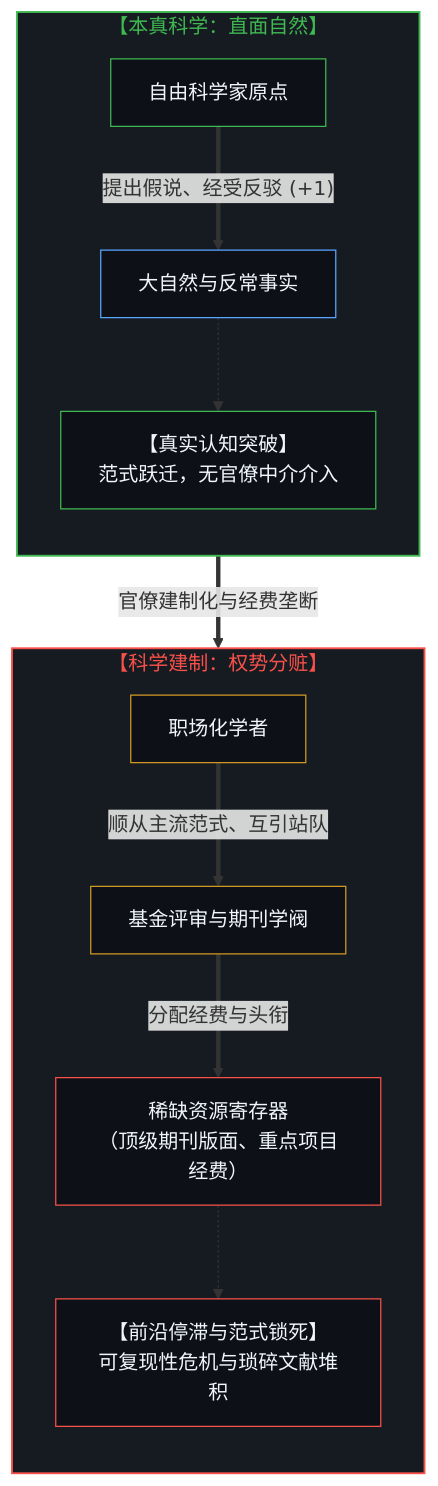
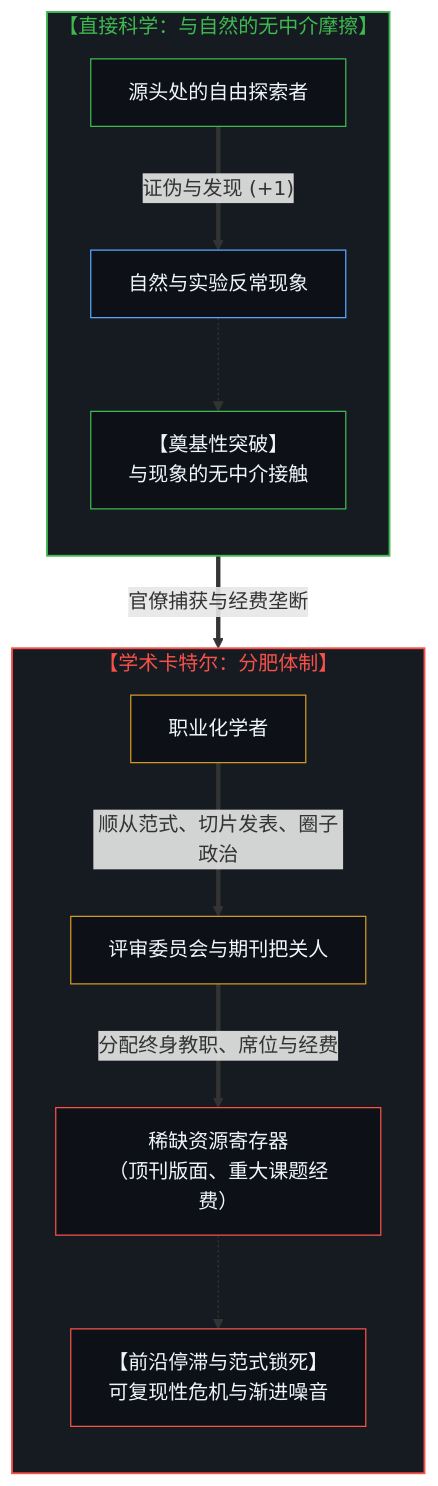
The seventh of 10 diagrams in content/posts/the-reversal-of-education-and-science.md (powerpig99/not-a-toe), drawn with Mermaid before and after one commit. The commit also changed other lines of this file and 2 other files, not shown here.

````diff
--- a/content/posts/the-reversal-of-education-and-science.md
+++ b/content/posts/the-reversal-of-education-and-science.md
@@ -323,34 +297,31 @@
 ```mermaid
 flowchart TD
-    subgraph S_Primal["【本真科学：直面自然】"]
+    subgraph S_Primal["【直接科学：与自然的无中介摩擦】"]
         direction TB
-        Researcher["自由科学家原点"]
-        Empirical["大自然与反常事实"]
-        TruthRes["【真实认知突破】<br/>范式跃迁，无官僚中介介入"]
-        Researcher ==>|"提出假说、经受反驳 (+1)"| Empirical
+        Researcher["源头处的自由探索者"]
+        Empirical["自然与实验反常现象"]
+        TruthRes["【奠基性突破】<br/>与现象的无中介接触"]
+        Researcher ==>|"证伪与发现 (+1)"| Empirical
         Empirical -.-> TruthRes
     end
-
-    S_Primal ==>|"官僚建制化与经费垄断"| S_Cartel
-
-    subgraph S_Cartel["【科学建制：权势分赃】"]
+    S_Primal ==>|"官僚捕获与经费垄断"| S_Cartel
+    subgraph S_Cartel["【学术卡特尔：分肥体制】"]
         direction TB
-        Scholar["职场化学者"]
-        Committee["基金评审与期刊学阀"]
-        GrantPower["稀缺资源寄存器<br/>（顶级期刊版面、重点项目经费）"]
-        Stagnation["【前沿停滞与范式锁死】<br/>可复现性危机与琐碎文献堆积"]
-        Scholar ==>|"顺从主流范式、互引站队"| Committee
-        Committee ==>|"分配经费与头衔"| GrantPower
+        Scholar["职业化学者"]
+        Committee["评审委员会与期刊把关人"]
+        GrantPower["稀缺资源寄存器<br/>（顶刊版面、重大课题经费）"]
+        Stagnation["【前沿停滞与范式锁死】<br/>可复现性危机与渐进噪音"]
+        Scholar ==>|"顺从范式、切片发表、圈子政治"| Committee
+        Committee ==>|"分配终身教职、席位与经费"| GrantPower
         GrantPower -.-> Stagnation
     end
-
     style S_Primal fill:#161b22,stroke:#3fb950,stroke-width:1.5px,color:#3fb950
     style S_Cartel fill:#161b22,stroke:#f85149,stroke-width:1.5px,color:#f85149
     style Researcher fill:#0d1117,stroke:#3fb950,stroke-width:1px,color:#f0f6fc
     style Empirical fill:#0d1117,stroke:#58a6ff,stroke-width:1px,color:#f0f6fc
     style TruthRes fill:#0d1117,stroke:#3fb950,stroke-width:1px,color:#f0f6fc
     style Scholar fill:#0d1117,stroke:#d29922,stroke-width:1px,color:#f0f6fc
     style Committee fill:#0d1117,stroke:#d29922,stroke-width:1px,color:#f0f6fc
     style GrantPower fill:#0d1117,stroke:#f85149,stroke-width:1px,color:#f0f6fc
     style Stagnation fill:#0d1117,stroke:#f85149,stroke-width:1px,color:#f0f6fc
 ```
````
